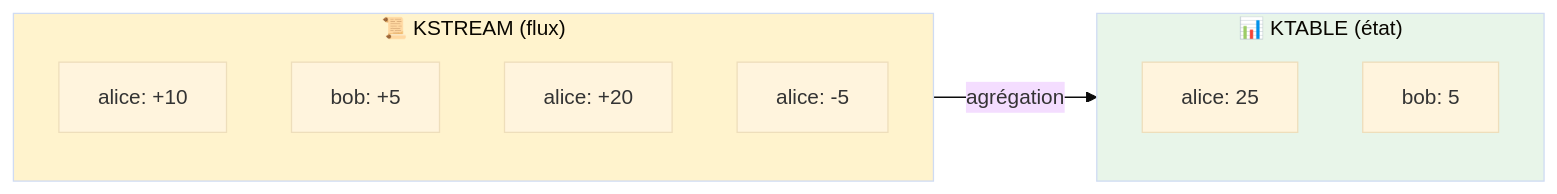
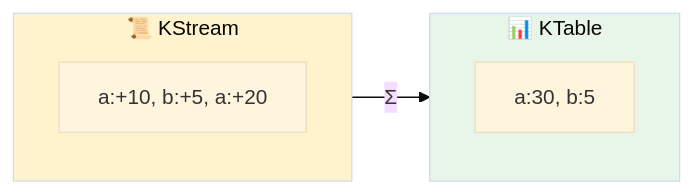
One commit to msellamiTN/kafka-bhf changed the third of 6 diagrams in formation-v2/day-02-development/module-05-kafka-streams/README.md. Above: the diagram before and after it, drawn with Mermaid (base theme). The commit also changed other lines of this file and 4 other files, not shown here.

Commit message:
refactor: reorganize Mermaid diagrams - more compact and readable

````diff
--- a/formation-v2/day-02-development/module-05-kafka-streams/README.md
+++ b/formation-v2/day-02-development/module-05-kafka-streams/README.md
@@ -82,19 +71,12 @@
 ```mermaid
 flowchart LR
-    subgraph kstream["📜 KSTREAM (flux)"]
-        E1["alice: +10"]
-        E2["bob: +5"]
-        E3["alice: +20"]
-        E4["alice: -5"]
+    subgraph ks["📜 KStream"]
+        E1["a:+10, b:+5, a:+20"]
     end
-    
-    kstream -->|"agrégation"| ktable
-    
-    subgraph ktable["📊 KTABLE (état)"]
-        T1["alice: 25"]
-        T2["bob: 5"]
+    ks -->|"Σ"| kt
+    subgraph kt["📊 KTable"]
+        T1["a:30, b:5"]
     end
-    
-    style kstream fill:#fff3cd
-    style ktable fill:#e8f5e9
+    style ks fill:#fff3cd
+    style kt fill:#e8f5e9
 ```
````
